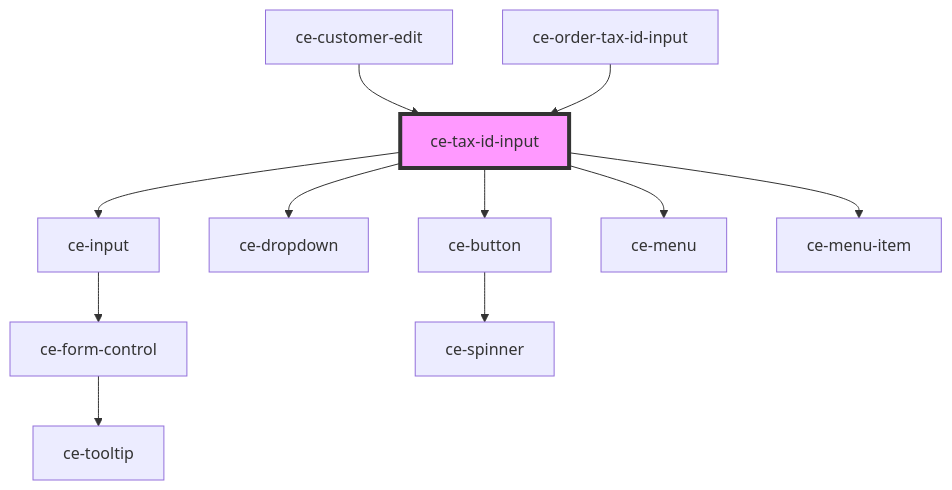
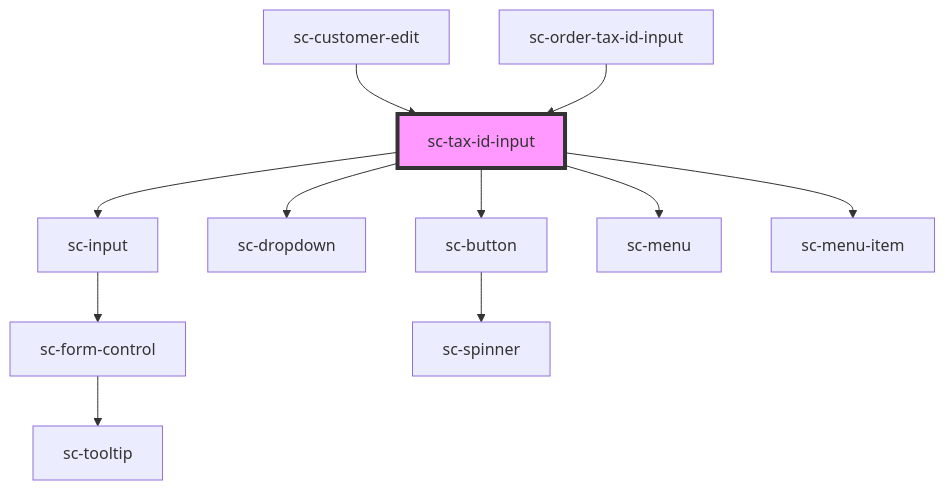
One commit to surecart/surecart-wp-plugin changed the diagram in packages/components/src/components/ui/tax-id-input/readme.md. Above: the diagram before and after it, drawn with Mermaid. The commit also changed other lines of this file and 1281 other files, not shown here.

````diff
--- a/packages/components/src/components/ui/tax-id-input/readme.md
+++ b/packages/components/src/components/ui/tax-id-input/readme.md
@@ -42,14 +42,14 @@
 ```mermaid
 graph TD;
-  ce-tax-id-input --> ce-input
-  ce-tax-id-input --> ce-dropdown
-  ce-tax-id-input --> ce-button
-  ce-tax-id-input --> ce-menu
-  ce-tax-id-input --> ce-menu-item
-  ce-input --> ce-form-control
-  ce-form-control --> ce-tooltip
-  ce-button --> ce-spinner
-  ce-customer-edit --> ce-tax-id-input
-  ce-order-tax-id-input --> ce-tax-id-input
-  style ce-tax-id-input fill:#f9f,stroke:#333,stroke-width:4px
+  sc-tax-id-input --> sc-input
+  sc-tax-id-input --> sc-dropdown
+  sc-tax-id-input --> sc-button
+  sc-tax-id-input --> sc-menu
+  sc-tax-id-input --> sc-menu-item
+  sc-input --> sc-form-control
+  sc-form-control --> sc-tooltip
+  sc-button --> sc-spinner
+  sc-customer-edit --> sc-tax-id-input
+  sc-order-tax-id-input --> sc-tax-id-input
+  style sc-tax-id-input fill:#f9f,stroke:#333,stroke-width:4px
 ```
````
